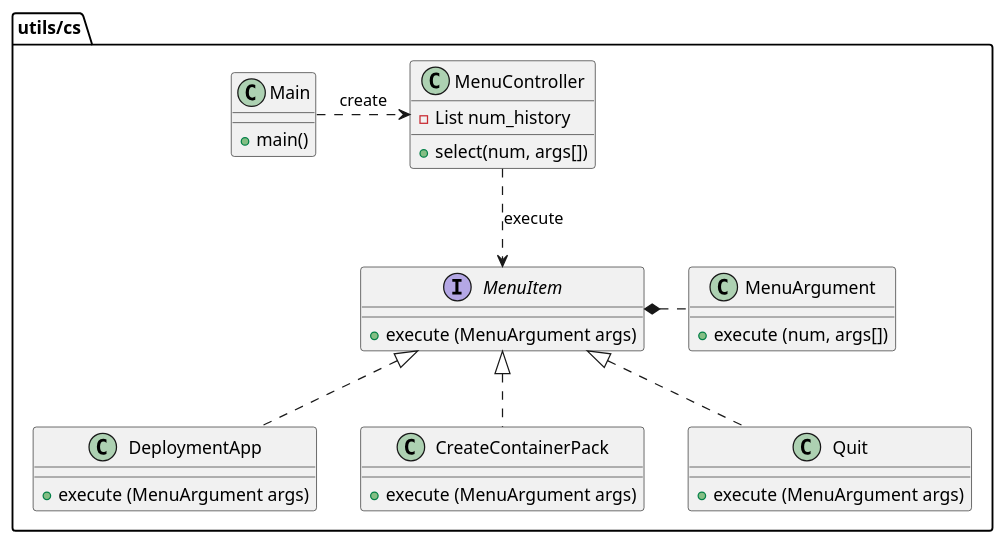
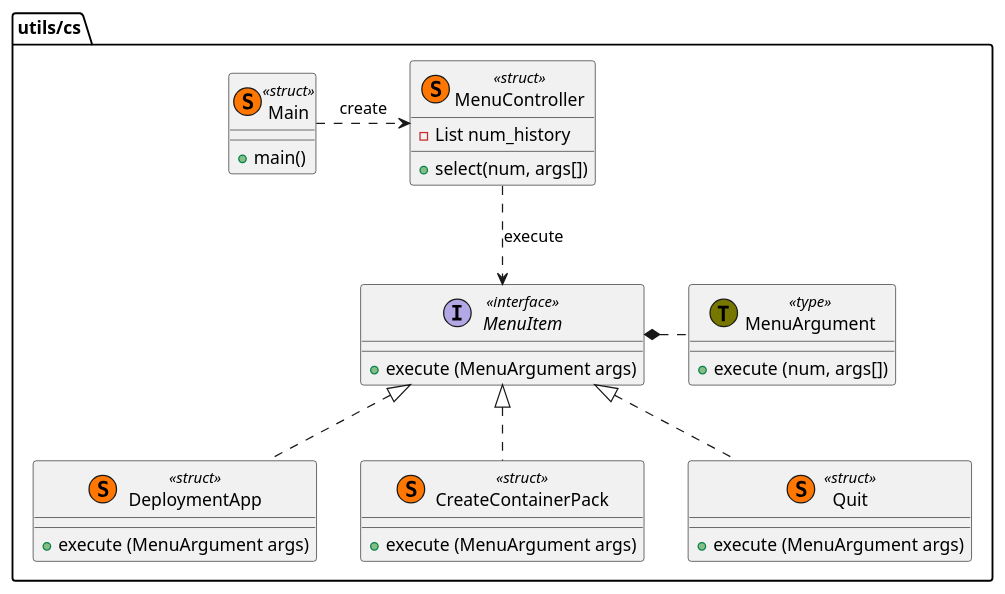
The diagram in class-design.puml (keita69/learning-golang), drawn with PlantUML before and after one commit.

Commit message:
update class-desgin

```diff
--- a/class-design.puml
+++ b/class-design.puml
@@ -1,40 +1,40 @@
 @startuml
 package utils/cs {
-    class Main {
+    class Main << (S,#FF7700) struct >> {
         + main()
     }
 
-    class MenuController {
+    class MenuController << (S,#FF7700) struct >> {
         - List num_history
         + select(num, args[])
     }
 
-    class MenuArgument {
+    class MenuArgument << (T,#777700) type >> {
         + execute (num, args[])
     }
 
-    interface MenuItem {
+    interface MenuItem << interface >> {
         + execute (MenuArgument args)
     }
 
-    class DeploymentApp {
+    class DeploymentApp << (S,#FF7700) struct >> {
         + execute (MenuArgument args)
     }
 
-    class CreateContainerPack {
+    class CreateContainerPack << (S,#FF7700) struct >> {
         + execute (MenuArgument args)
     }
 
-    class Quit {
+    class Quit << (S,#FF7700) struct >> {
         + execute (MenuArgument args)
     }
 
     Main .> MenuController : create
     MenuController ..> MenuItem : execute
     MenuItem *. MenuArgument
     MenuItem <|.. DeploymentApp
     MenuItem <|.. CreateContainerPack
     MenuItem <|.. Quit
 
 }
 @enduml
```
